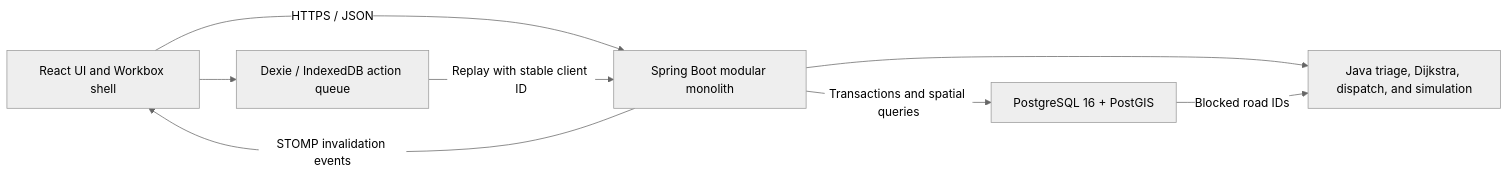
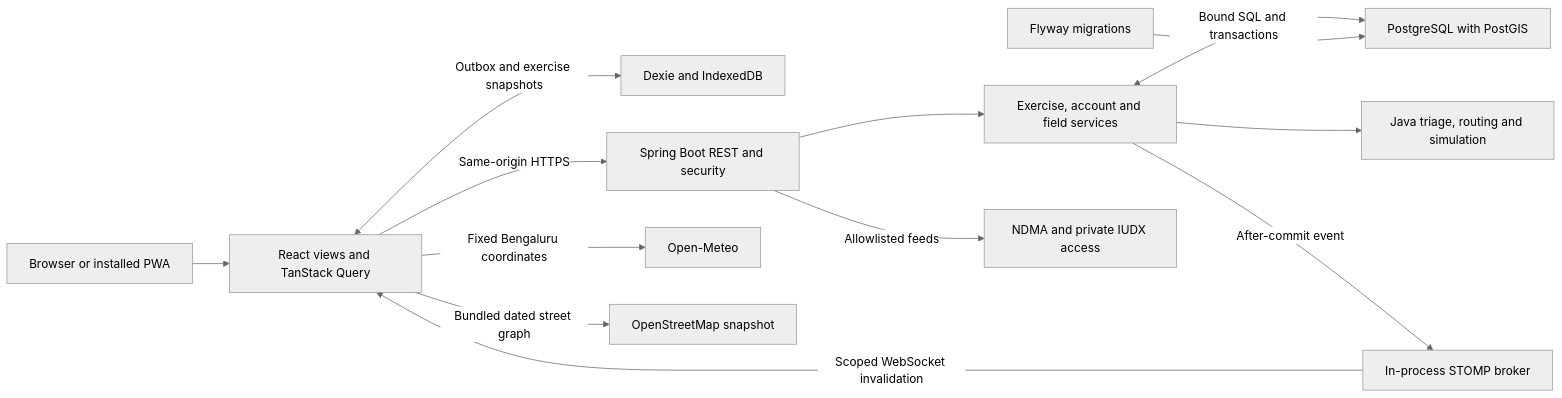
Before and after one commit to Manu577228/HydroGrid: the first of 3 diagrams in docs/engineering.md, drawn with Mermaid (neutral theme). The commit also changed other lines of this file and 42 other files, not shown here.

````diff
--- a/docs/engineering.md
+++ b/docs/engineering.md
@@ -5,10 +5,15 @@
 ```mermaid
 flowchart LR
-  Browser["React UI and Workbox shell"] --> Queue["Dexie / IndexedDB action queue"]
-  Browser -->|"HTTPS / JSON"| API["Spring Boot modular monolith"]
-  Queue -->|"Replay with stable client ID"| API
-  API -->|"STOMP invalidation events"| Browser
-  API -->|"Transactions and spatial queries"| DB["PostgreSQL 16 + PostGIS"]
-  API --> Algorithms["Java triage, Dijkstra, dispatch, and simulation"]
-  DB -->|"Blocked road IDs"| Algorithms
+  Browser["Browser or installed PWA"] --> React["React views and TanStack Query"]
+  React <-->|"Outbox and exercise snapshots"| Local["Dexie and IndexedDB"]
+  React -->|"Same-origin HTTPS"| API["Spring Boot REST and security"]
+  API --> Service["Exercise, account and field services"]
+  Service <-->|"Bound SQL and transactions"| DB["PostgreSQL with PostGIS"]
+  Service --> Engine["Java triage, routing and simulation"]
+  Service -->|"After-commit event"| Broker["In-process STOMP broker"]
+  Broker -->|"Scoped WebSocket invalidation"| React
+  Flyway["Flyway migrations"] --> DB
+  React -->|"Fixed Bengaluru coordinates"| Weather["Open-Meteo"]
+  API -->|"Allowlisted feeds"| Sources["NDMA and private IUDX access"]
+  React -->|"Bundled dated street graph"| OSM["OpenStreetMap snapshot"]
 ```
````
